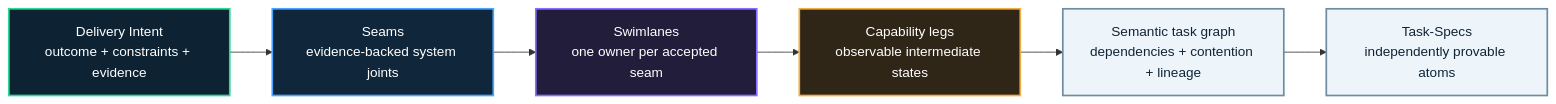
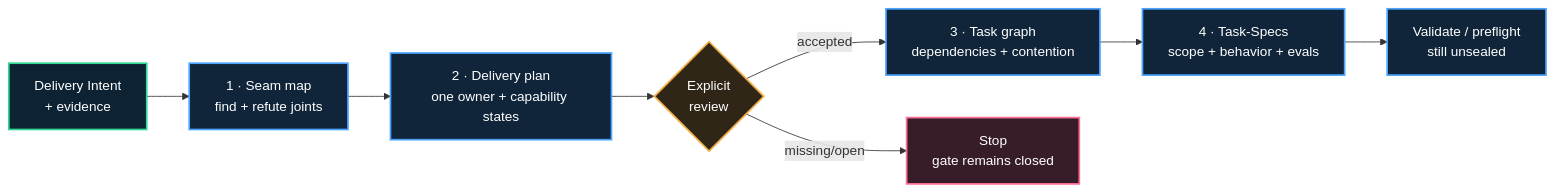
One commit to luanmorenommaciel/seamwise changed the diagram in README.md. Above: the diagram before and after it, drawn with Mermaid. The commit also changed other lines of this file and 201 other files, not shown here.

````diff
--- a/README.md
+++ b/README.md
@@ -73,19 +144,19 @@
 ```mermaid
 flowchart LR
-    I["Delivery Intent<br/>outcome + constraints + evidence"] --> S["Seams<br/>evidence-backed system joints"]
-    S --> W["Swimlanes<br/>one owner per accepted seam"]
-    W --> L["Capability legs<br/>observable intermediate states"]
-    L --> G["Semantic task graph<br/>dependencies + contention + lineage"]
-    G --> T["Task-Specs<br/>independently provable atoms"]
+    I["Delivery Intent<br/>+ evidence"] --> M["1 · Seam map<br/>find + refute joints"]
+    M --> P["2 · Delivery plan<br/>one owner + capability states"]
+    P --> R{"Explicit<br/>review"}
+    R -- accepted --> G["3 · Task graph<br/>dependencies + contention"]
+    R -- missing/open --> X["Stop<br/>gate remains closed"]
+    G --> T["4 · Task-Specs<br/>scope + behavior + evals"]
+    T --> V["Validate / preflight<br/>still unsealed"]
 
-    classDef intent fill:#0d2334,stroke:#31d892,color:#ffffff,stroke-width:2px;
-    classDef seam fill:#10263a,stroke:#4ba4ff,color:#ffffff,stroke-width:2px;
-    classDef lane fill:#211d3b,stroke:#8c6cff,color:#ffffff,stroke-width:2px;
-    classDef leg fill:#302618,stroke:#f2ad45,color:#ffffff,stroke-width:2px;
-    classDef task fill:#edf5fb,stroke:#6d8ca2,color:#102435,stroke-width:2px;
-    class I intent;
-    class S seam;
-    class W lane;
-    class L leg;
-    class G,T task;
+    classDef input fill:#0d2334,stroke:#31d892,color:#fff,stroke-width:2px;
+    classDef stage fill:#10253a,stroke:#4ba4ff,color:#fff,stroke-width:2px;
+    classDef gate fill:#302618,stroke:#f2ad45,color:#fff,stroke-width:2px;
+    classDef stop fill:#371d29,stroke:#ff6f91,color:#fff,stroke-width:2px;
+    class I input;
+    class M,P,G,T,V stage;
+    class R gate;
+    class X stop;
 ```
````
